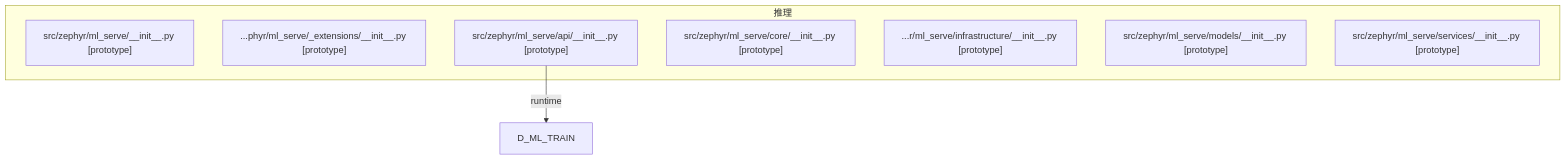
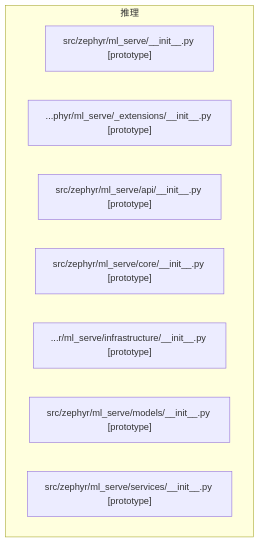
The diagram in docs/02_enterprise_architecture/generated/domains/d_ml_serve_dependency.mmd (xuanFelixVan/ZephyrAlpha), drawn with Mermaid before and after one commit. The commit also changed 125 other files, not shown here.

```diff
--- a/docs/02_enterprise_architecture/generated/domains/d_ml_serve_dependency.mmd
+++ b/docs/02_enterprise_architecture/generated/domains/d_ml_serve_dependency.mmd
@@ -1,30 +1,28 @@
 %% D_ML_SERVE 域全景依赖图
-%% 生成时间: 2026-07-17 22:16:11
+%% 生成时间: 2026-07-17 22:22:35
 %% 数据源: depgraph (PostgreSQL) nodes表 + edges表
-%% 模块数: 7, 依赖边数: 1
+%% 模块数: 7, 依赖边数: 0
 
 graph TD
 
     %% 域内模块（最多显示 100 个）
     subgraph D_ML_SERVE[推理]
         src_zephyr_ml_serve___init___py["src/zephyr/ml_serve/__init__.py [prototype]"]
         src_zephyr_ml_serve__extensions___init___py["...phyr/ml_serve/_extensions/__init__.py [prototype]"]
         src_zephyr_ml_serve_api___init___py["src/zephyr/ml_serve/api/__init__.py [prototype]"]
         src_zephyr_ml_serve_core___init___py["src/zephyr/ml_serve/core/__init__.py [prototype]"]
         src_zephyr_ml_serve_infrastructure___init___py["...r/ml_serve/infrastructure/__init__.py [prototype]"]
         src_zephyr_ml_serve_models___init___py["src/zephyr/ml_serve/models/__init__.py [prototype]"]
         src_zephyr_ml_serve_services___init___py["src/zephyr/ml_serve/services/__init__.py [prototype]"]
     end
 
     %% 域内依赖（最多显示 80 条）
 
     %% 跨域依赖（入）- 最多显示 30 条
 
     %% 跨域依赖（出）- 最多显示 30 条
-    %% D_ML_SERVE -> D_ML_TRAIN (1 条)
-    src_zephyr_ml_serve_api___init___py -->|runtime| D_ML_TRAIN[D_ML_TRAIN]
 
     %% 统计
     %% 域内依赖: 0 条
     %% 跨域入边: 0 条
-    %% 跨域出边: 1 条
+    %% 跨域出边: 0 条
```
